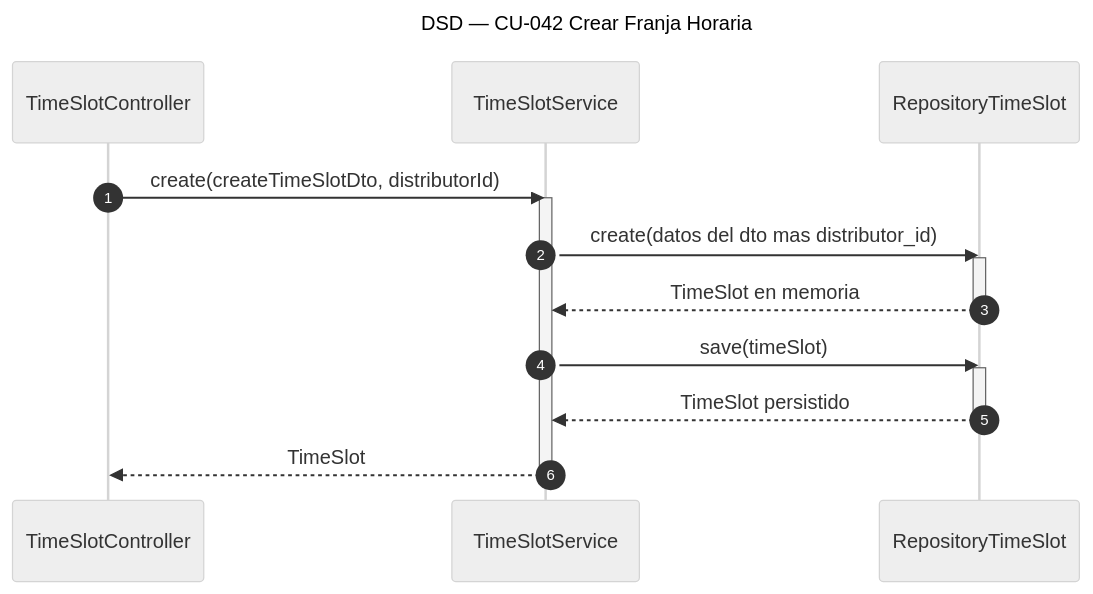
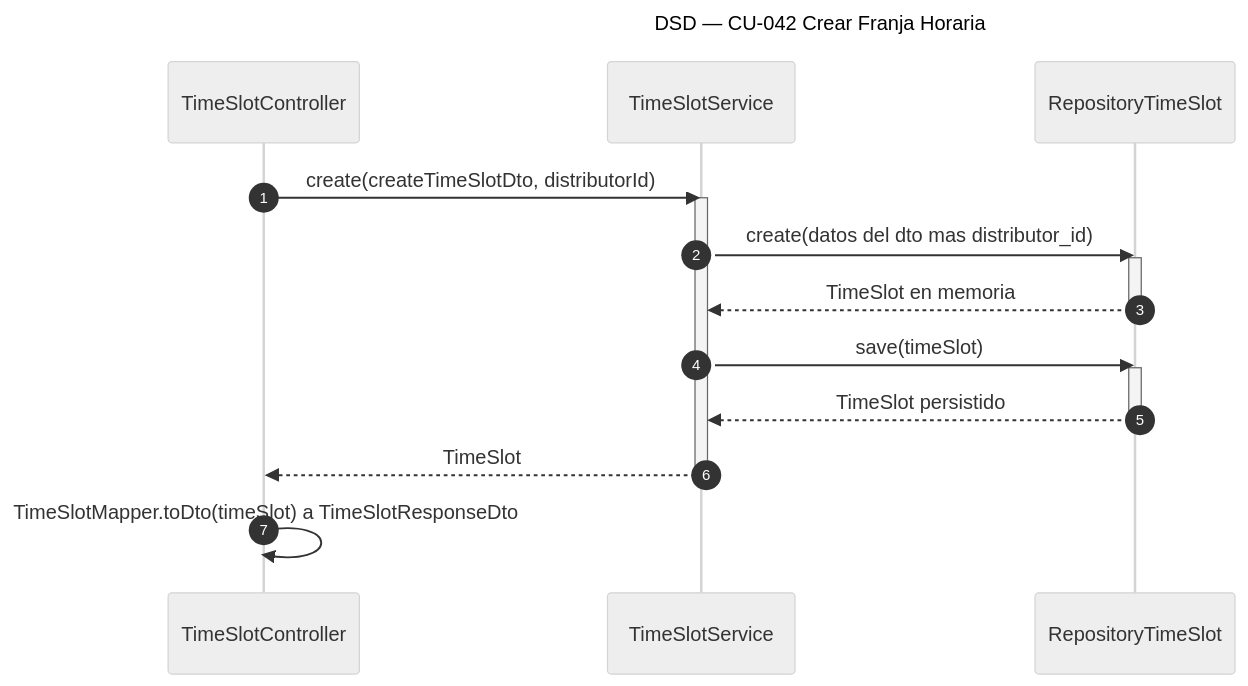
One commit to Nahuelito-Dev/splg-docs changed the diagram in diagramas/DSD_CU-042_Crear-Franja-Horaria.mmd. Above: the diagram before and after it, drawn with Mermaid (neutral theme). The commit also changed 4 other files, not shown here.

Commit message:
docs(dsd): franjas con TimeSlotResponseDto

```diff
--- a/diagramas/DSD_CU-042_Crear-Franja-Horaria.mmd
+++ b/diagramas/DSD_CU-042_Crear-Franja-Horaria.mmd
@@ -1,19 +1,20 @@
 sequenceDiagram
     title DSD — CU-042 Crear Franja Horaria
     autonumber
     participant CTRL as TimeSlotController
     participant SRV as TimeSlotService
     participant TREP as RepositoryTimeSlot
 
     CTRL->>SRV: create(createTimeSlotDto, distributorId)
     activate SRV
     SRV->>TREP: create(datos del dto mas distributor_id)
     activate TREP
     TREP-->>SRV: TimeSlot en memoria
     deactivate TREP
     SRV->>TREP: save(timeSlot)
     activate TREP
     TREP-->>SRV: TimeSlot persistido
     deactivate TREP
     SRV-->>CTRL: TimeSlot
     deactivate SRV
+    CTRL->>CTRL: TimeSlotMapper.toDto(timeSlot) a TimeSlotResponseDto
```
